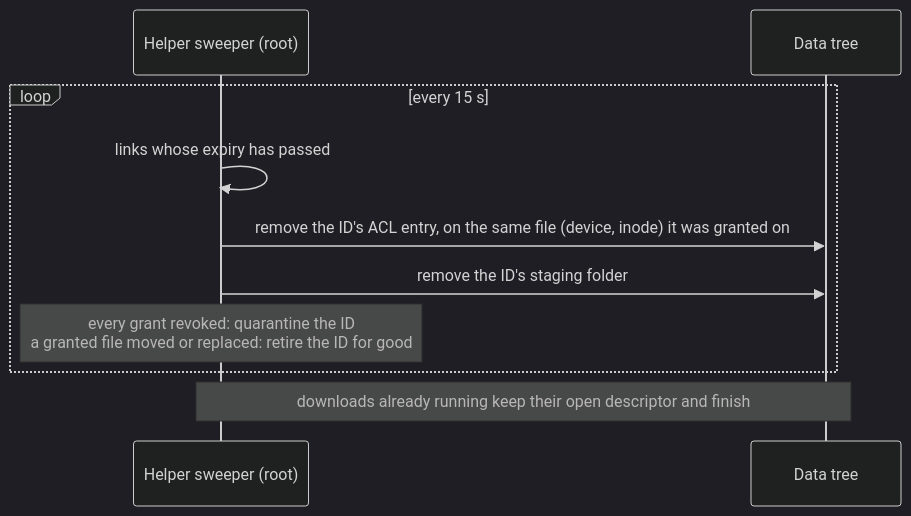
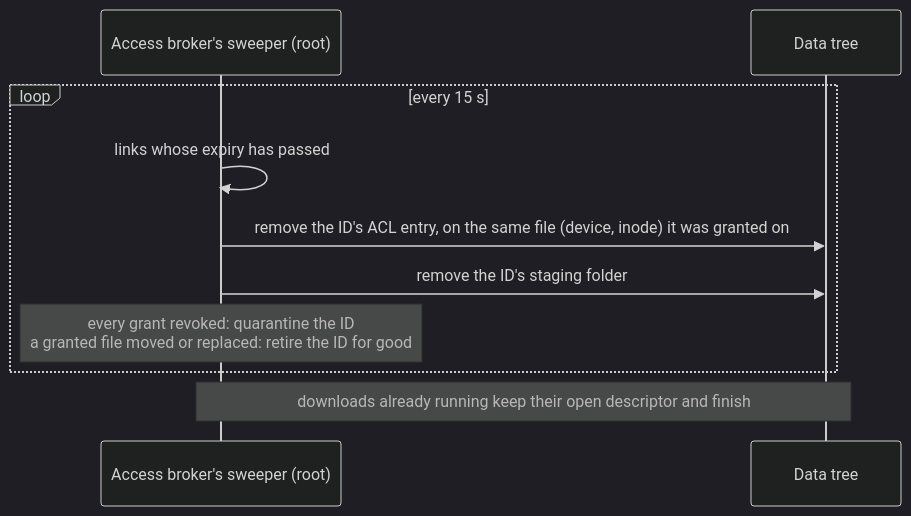
One commit to pmahon3/Data-Portal changed the fifth of 5 diagrams in docs/diagrams/posix-sequences.md. Above: the diagram before and after it, drawn with Mermaid (dark theme). The commit also changed other lines of this file and 30 other files, not shown here.

First line of the commit message:
refactor(posix): name the modes for who reads the files; the helper is the access broker

````diff
--- a/docs/diagrams/posix-sequences.md
+++ b/docs/diagrams/posix-sequences.md
@@ -125,13 +125,13 @@
 ```mermaid
 sequenceDiagram
-    participant Sweeper as Helper sweeper (root)
+    participant Sweeper as Access broker's sweeper (root)
     participant Data as Data tree
 
     loop every 15 s
         Sweeper->>Sweeper: links whose expiry has passed
         Sweeper->>Data: remove the ID's ACL entry, on the same file (device, inode) it was granted on
         Sweeper->>Data: remove the ID's staging folder
         Note over Sweeper: every grant revoked: quarantine the ID<br/>a granted file moved or replaced: retire the ID for good
     end
     Note over Sweeper,Data: downloads already running keep their open descriptor and finish
 ```
````
